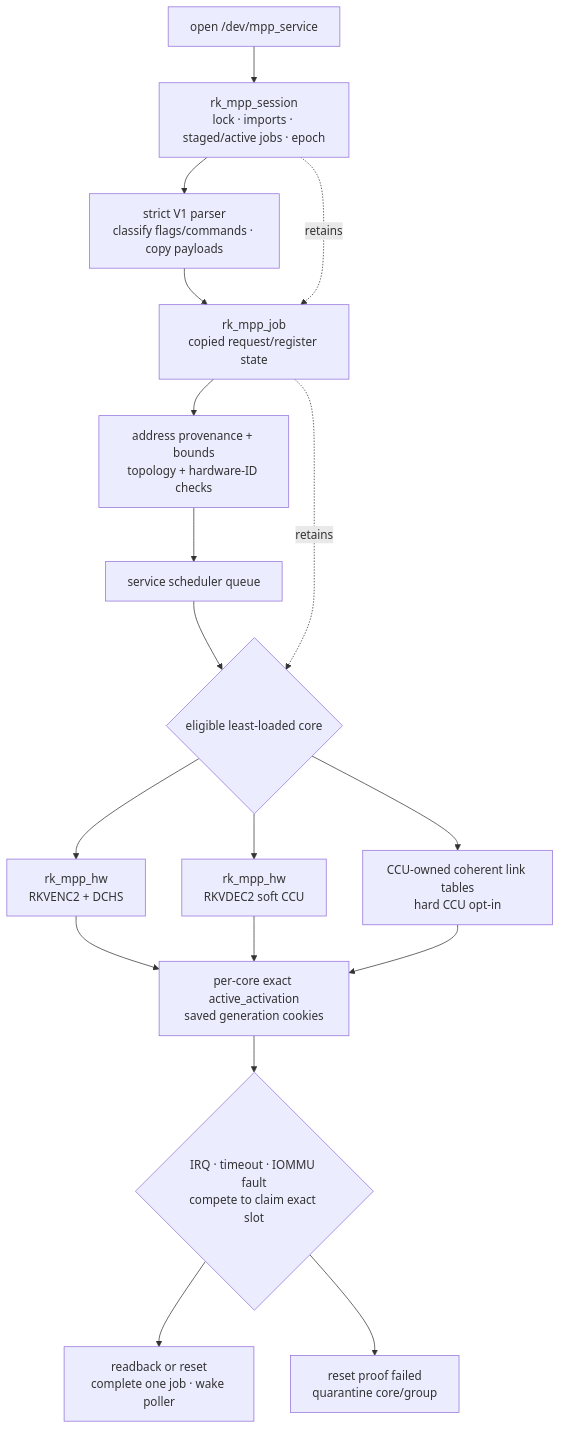
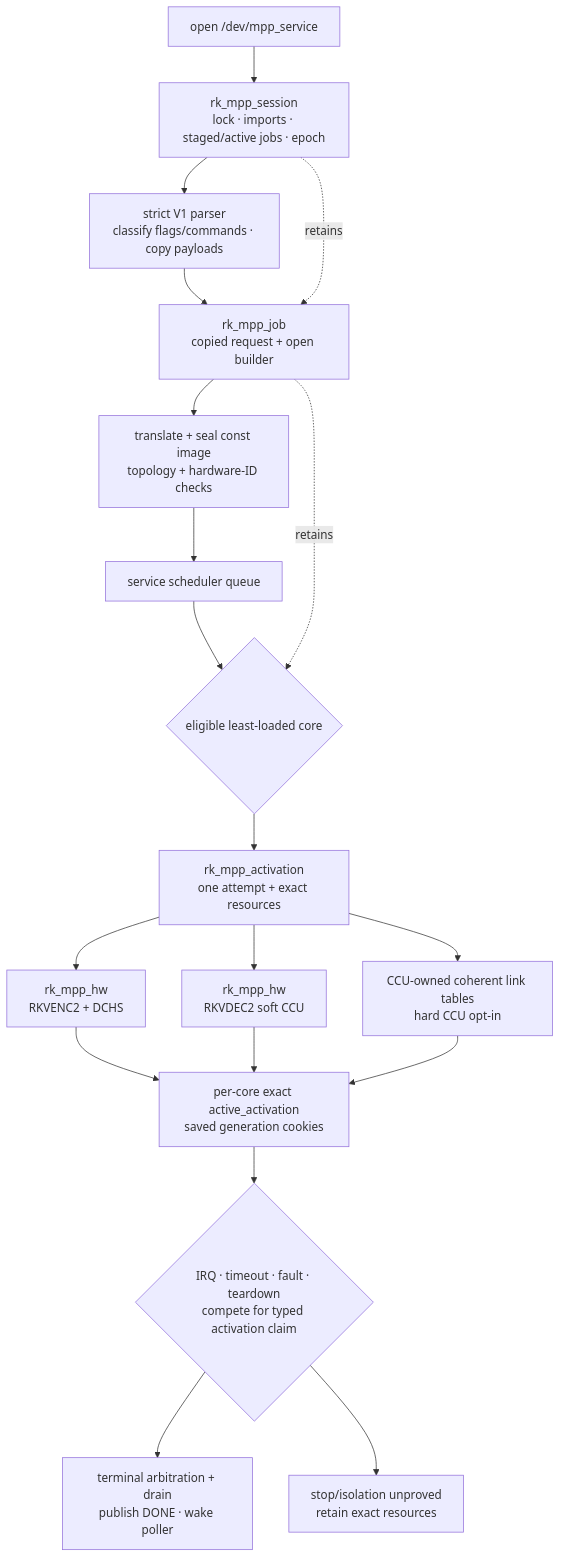
The third of 13 diagrams in kernel-drivers/docs/driver-architecture-comparison.md (yisding/rock-5b-ysp), drawn with Mermaid before and after one commit. The commit also changed other lines of this file and 13 other files, not shown here.

````diff
--- a/kernel-drivers/docs/driver-architecture-comparison.md
+++ b/kernel-drivers/docs/driver-architecture-comparison.md
@@ -138,26 +138,28 @@
 ```mermaid
 flowchart TB
   fd["open /dev/mpp_service"]
   session["rk_mpp_session<br/>lock · imports · staged/active jobs · epoch"]
   parse["strict V1 parser<br/>classify flags/commands · copy payloads"]
-  snapshot["rk_mpp_job<br/>copied request/register state"]
-  validate["address provenance + bounds<br/>topology + hardware-ID checks"]
+  snapshot["rk_mpp_job<br/>copied request + open builder"]
+  validate["translate + seal const image<br/>topology + hardware-ID checks"]
   queue["service scheduler queue"]
   choose{"eligible least-loaded core"}
+  activation["rk_mpp_activation<br/>one attempt + exact resources"]
   enc["rk_mpp_hw<br/>RKVENC2 + DCHS"]
   decsoft["rk_mpp_hw<br/>RKVDEC2 soft CCU"]
   dechard["CCU-owned coherent link tables<br/>hard CCU opt-in"]
   active["per-core exact active_activation<br/>saved generation cookies"]
-  done{"IRQ · timeout · IOMMU fault<br/>compete to claim exact slot"}
-  finish["readback or reset<br/>complete one job · wake poller"]
-  quarantine["reset proof failed<br/>quarantine core/group"]
+  done{"IRQ · timeout · fault · teardown<br/>compete for typed activation claim"}
+  finish["terminal arbitration + drain<br/>publish DONE · wake poller"]
+  quarantine["stop/isolation unproved<br/>retain exact resources"]
 
   fd --> session --> parse --> snapshot --> validate --> queue --> choose
-  choose --> enc --> active
-  choose --> decsoft --> active
-  choose --> dechard --> active
+  choose --> activation
+  activation --> enc --> active
+  activation --> decsoft --> active
+  activation --> dechard --> active
   active --> done --> finish
   done --> quarantine
   session -. retains .-> snapshot
   snapshot -. retains .-> choose
 ```
````
